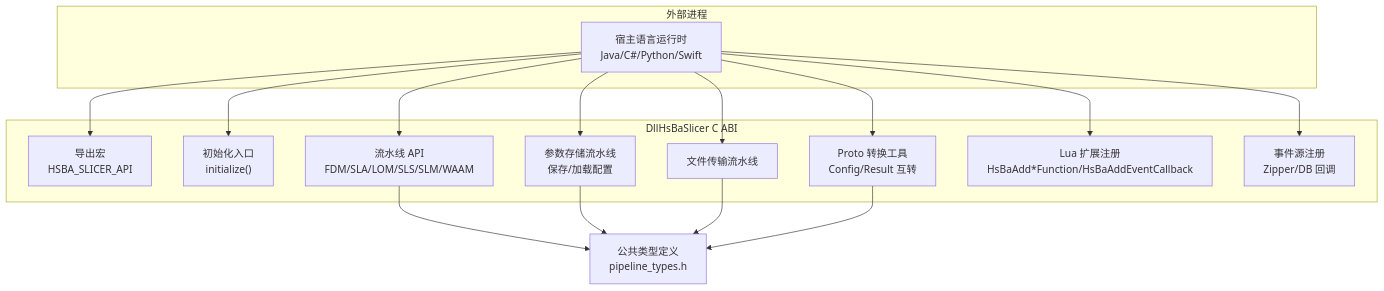
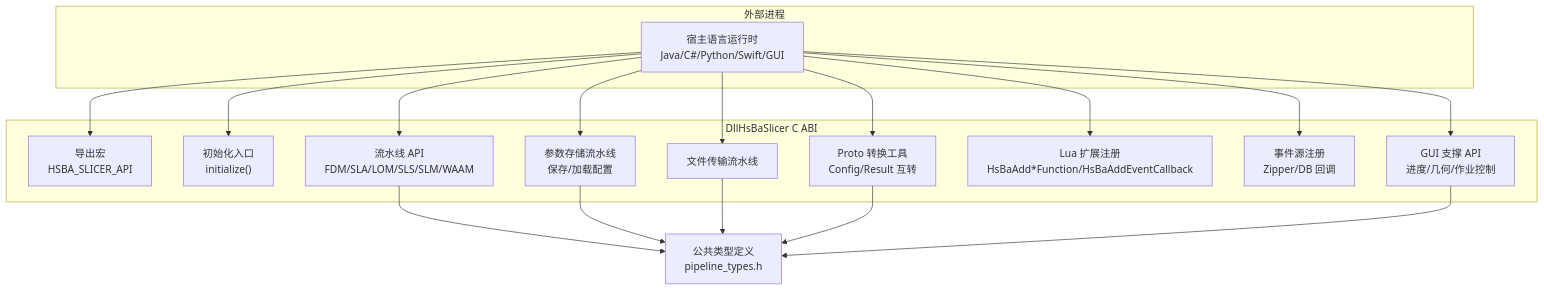
One commit to hsmbanlance/HsBaSlicer changed the first of 13 diagrams in .qoder/repowiki/zh/content/高级主题/DllHsBaSlicer C ABI 层.md. Above: the diagram before and after it, drawn with Mermaid. The commit also changed other lines of this file and 101 other files, not shown here.

````diff
--- a/.qoder/repowiki/zh/content/高级主题/DllHsBaSlicer C ABI 层.md
+++ b/.qoder/repowiki/zh/content/高级主题/DllHsBaSlicer C ABI 层.md
@@ -48,29 +65,32 @@
 ```mermaid
 graph TB
 subgraph "外部进程"
-Host["宿主语言运行时<br/>Java/C#/Python/Swift"]
+Host["宿主语言运行时<br/>Java/C#/Python/Swift/GUI"]
 end
 subgraph "DllHsBaSlicer C ABI"
 Export["导出宏<br/>HSBA_SLICER_API"]
 Init["初始化入口<br/>initialize()"]
 Pipelines["流水线 API<br/>FDM/SLA/LOM/SLS/SLM/WAAM"]
 ParamStore["参数存储流水线<br/>保存/加载配置"]
 FileTransfer["文件传输流水线"]
 Convert["Proto 转换工具<br/>Config/Result 互转"]
 LuaReg["Lua 扩展注册<br/>HsBaAdd*Function/HsBaAddEventCallback"]
 EventReg["事件源注册<br/>Zipper/DB 回调"]
+GuiSupport["GUI 支撑 API<br/>进度/几何/作业控制"]
 end
 Types["公共类型定义<br/>pipeline_types.h"]
 Host --> Export
 Host --> Init
 Host --> Pipelines
 Host --> ParamStore
 Host --> FileTransfer
 Host --> Convert
 Host --> LuaReg
 Host --> EventReg
+Host --> GuiSupport
 Pipelines --> Types
 ParamStore --> Types
 FileTransfer --> Types
 Convert --> Types
+GuiSupport --> Types
 ```
````
